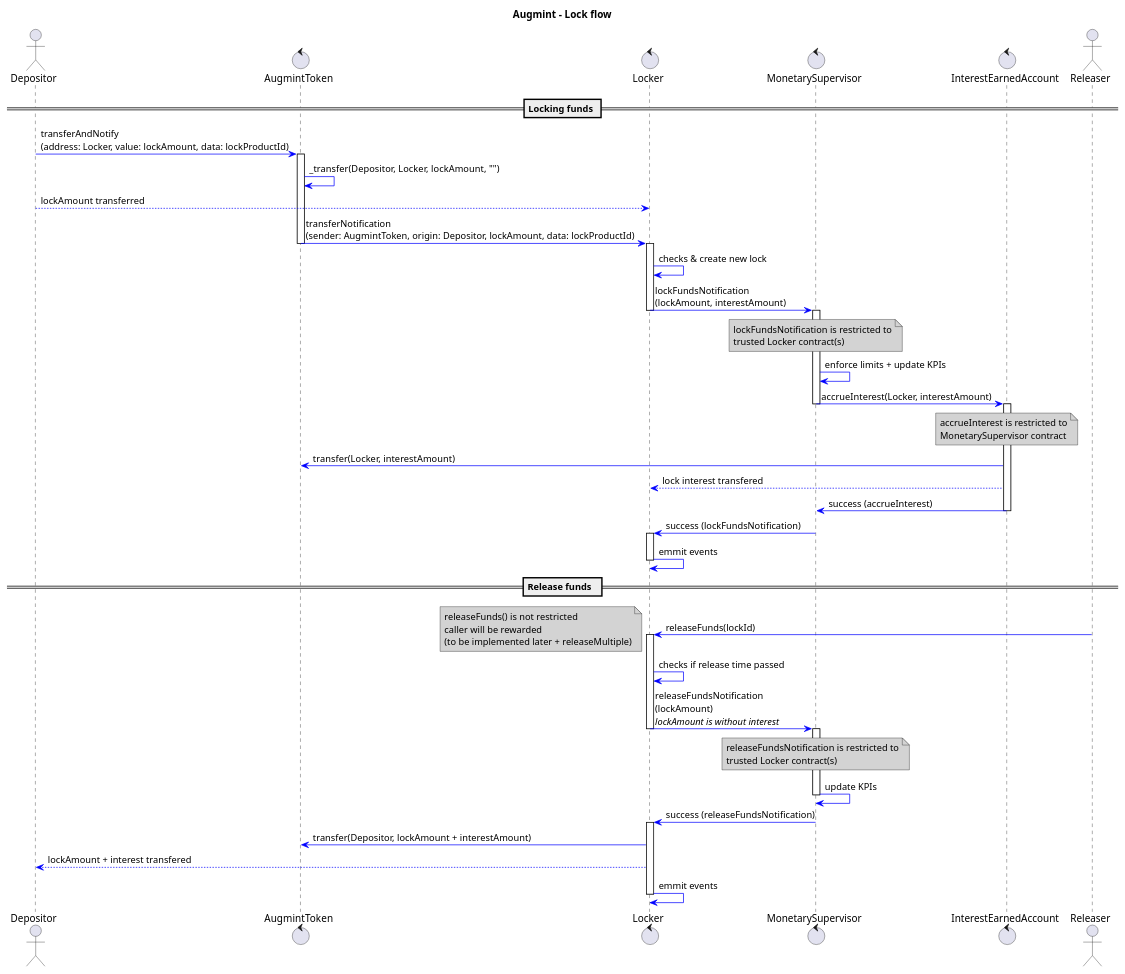
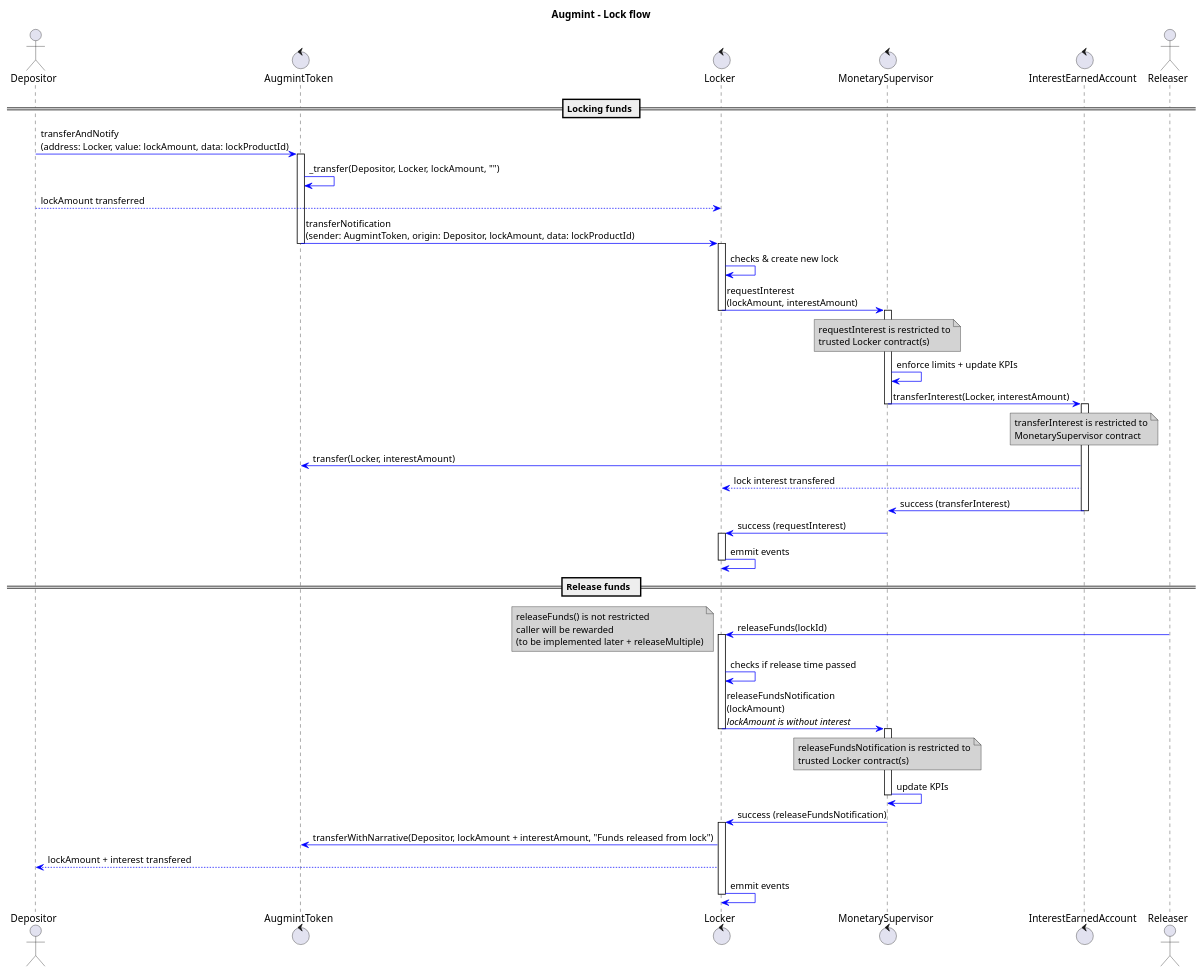
The diagram in docs/lockFlow.plantuml (Augmint/augmint-contracts), drawn with PlantUML before and after one commit. The commit also changed 3 other files, not shown here.

```diff
--- a/docs/lockFlow.plantuml
+++ b/docs/lockFlow.plantuml
@@ -1,80 +1,80 @@
 @startuml
 title **Augmint** - Lock flow
 skinparam ArrowColor #blue
 skinparam noteBackgroundColor #lightgrey
 
 actor Depositor
 control AugmintToken
 control Locker
 control MonetarySupervisor
 control InterestEarnedAccount
 actor Releaser
 
 == Locking funds ==
 Depositor -> AugmintToken : transferAndNotify\n(address: Locker, value: lockAmount, data: lockProductId)
 
 activate AugmintToken
     AugmintToken -> AugmintToken : _transfer(Depositor, Locker, lockAmount, "")
     Depositor --> Locker : lockAmount transferred
     AugmintToken -> Locker : transferNotification\n(sender: AugmintToken, origin: Depositor, lockAmount, data: lockProductId)
 deactivate AugmintToken
 
 activate Locker
     Locker -> Locker : checks & create new lock
-    Locker -> MonetarySupervisor : lockFundsNotification\n(lockAmount, interestAmount)
+    Locker -> MonetarySupervisor : requestInterest\n(lockAmount, interestAmount)
     note over MonetarySupervisor
-        lockFundsNotification is restricted to
+        requestInterest is restricted to
         trusted Locker contract(s)
     end note
 deactivate Locker
 
 activate MonetarySupervisor
     MonetarySupervisor -> MonetarySupervisor : enforce limits + update KPIs
-    MonetarySupervisor -> InterestEarnedAccount : accrueInterest(Locker, interestAmount)
+    MonetarySupervisor -> InterestEarnedAccount : transferInterest(Locker, interestAmount)
 deactivate MonetarySupervisor
 
 activate InterestEarnedAccount
     note over InterestEarnedAccount
-        accrueInterest is restricted to
+        transferInterest is restricted to
         MonetarySupervisor contract
     end note
     InterestEarnedAccount -> AugmintToken : transfer(Locker, interestAmount)
     InterestEarnedAccount --> Locker : lock interest transfered
-    InterestEarnedAccount -> MonetarySupervisor : success (accrueInterest)
+    InterestEarnedAccount -> MonetarySupervisor : success (transferInterest)
 deactivate InterestEarnedAccount
 
-MonetarySupervisor -> Locker : success (lockFundsNotification)
+MonetarySupervisor -> Locker : success (requestInterest)
 
 activate Locker
     Locker -> Locker : emmit events
 deactivate Locker
 
 == Release funds  ==
 Releaser -> Locker : releaseFunds(lockId)
 note left
     releaseFunds() is not restricted
     caller will be rewarded
     (to be implemented later + releaseMultiple)
 end note
 
 activate Locker
     Locker -> Locker : checks if release time passed
     Locker -> MonetarySupervisor : releaseFundsNotification\n(lockAmount)\n//lockAmount is without interest//
 deactivate Locker
 
 activate MonetarySupervisor
     note over MonetarySupervisor
         releaseFundsNotification is restricted to
         trusted Locker contract(s)
     end note
     MonetarySupervisor -> MonetarySupervisor : update KPIs
 deactivate MonetarySupervisor
 
 MonetarySupervisor -> Locker : success (releaseFundsNotification)
 
 activate Locker
-    Locker -> AugmintToken : transfer(Depositor, lockAmount + interestAmount)
+    Locker -> AugmintToken : transferWithNarrative(Depositor, lockAmount + interestAmount, "Funds released from lock")
     Locker --> Depositor : lockAmount + interest transfered
 Locker -> Locker : emmit events
 deactivate Locker
 @enduml
```
